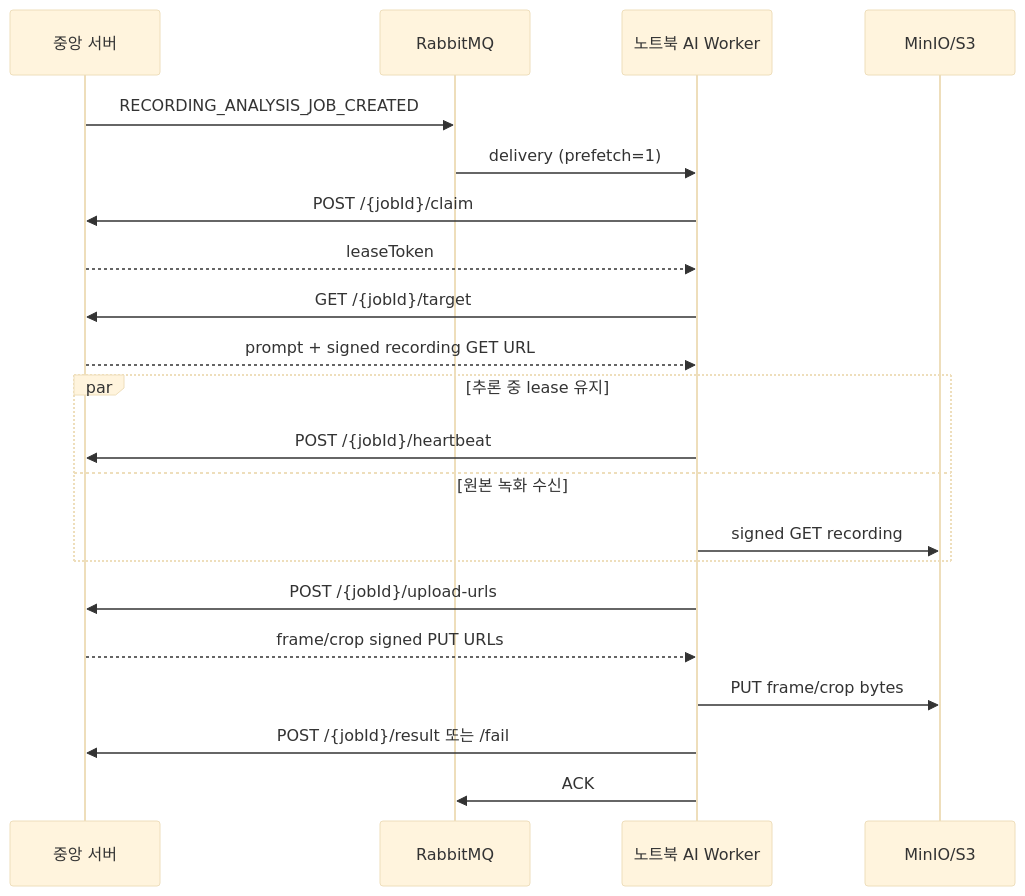
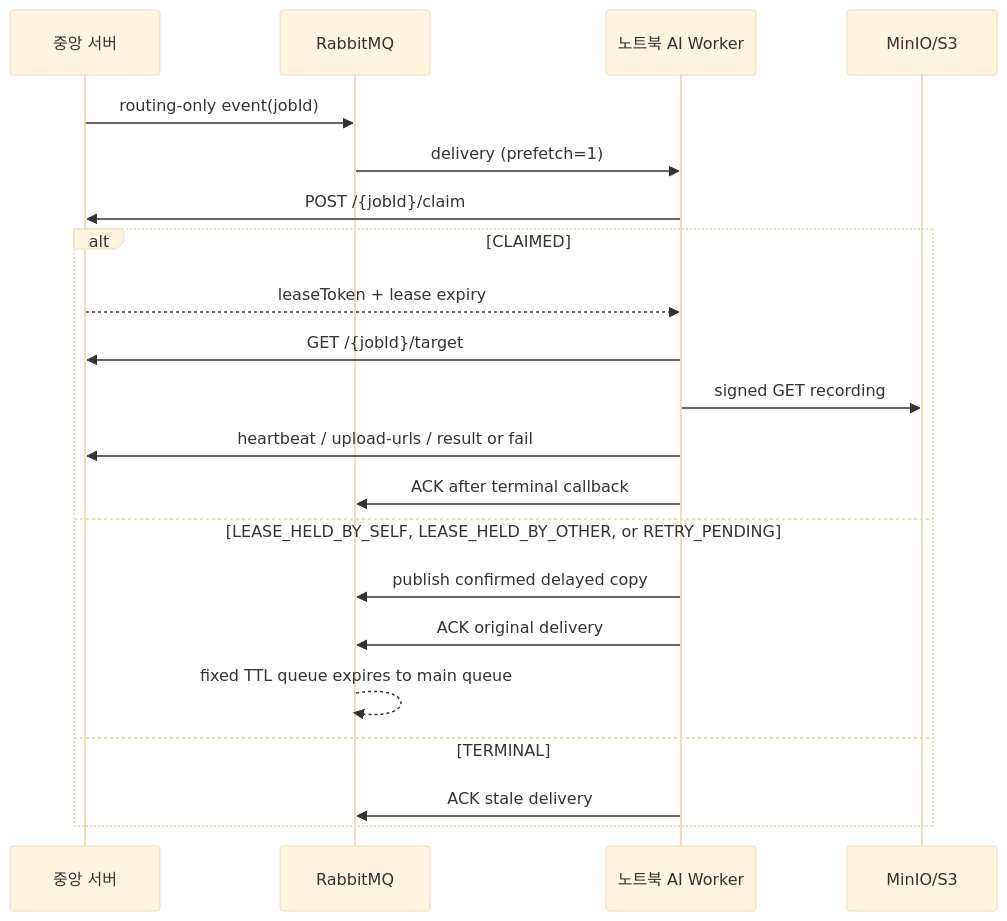
Before and after one commit to tttksj404/cctv-model-selection-lab: the diagram in ai-worker/docs/RABBITMQ_NOTEBOOK_WORKER_TRANSPORT.md, drawn with Mermaid (base theme). The commit also changed other lines of this file and 34 other files, not shown here.

````diff
--- a/ai-worker/docs/RABBITMQ_NOTEBOOK_WORKER_TRANSPORT.md
+++ b/ai-worker/docs/RABBITMQ_NOTEBOOK_WORKER_TRANSPORT.md
@@ -7,24 +7,24 @@
 ```mermaid
 sequenceDiagram
     participant C as 중앙 서버
     participant R as RabbitMQ
     participant W as 노트북 AI Worker
     participant S as MinIO/S3
 
-    C->>R: RECORDING_ANALYSIS_JOB_CREATED
+    C->>R: routing-only event(jobId)
     R->>W: delivery (prefetch=1)
     W->>C: POST /{jobId}/claim
-    C-->>W: leaseToken
-    W->>C: GET /{jobId}/target
-    C-->>W: prompt + signed recording GET URL
-    par 추론 중 lease 유지
-        W->>C: POST /{jobId}/heartbeat
-    and 원본 녹화 수신
+    alt CLAIMED
+        C-->>W: leaseToken + lease expiry
+        W->>C: GET /{jobId}/target
         W->>S: signed GET recording
+        W->>C: heartbeat / upload-urls / result or fail
+        W->>R: ACK after terminal callback
+    else LEASE_HELD_BY_SELF, LEASE_HELD_BY_OTHER, or RETRY_PENDING
+        W->>R: publish confirmed delayed copy
+        W->>R: ACK original delivery
+        R-->>R: fixed TTL queue expires to main queue
+    else TERMINAL
+        W->>R: ACK stale delivery
     end
-    W->>C: POST /{jobId}/upload-urls
-    C-->>W: frame/crop signed PUT URLs
-    W->>S: PUT frame/crop bytes
-    W->>C: POST /{jobId}/result 또는 /fail
-    W->>R: ACK
 ```
````
